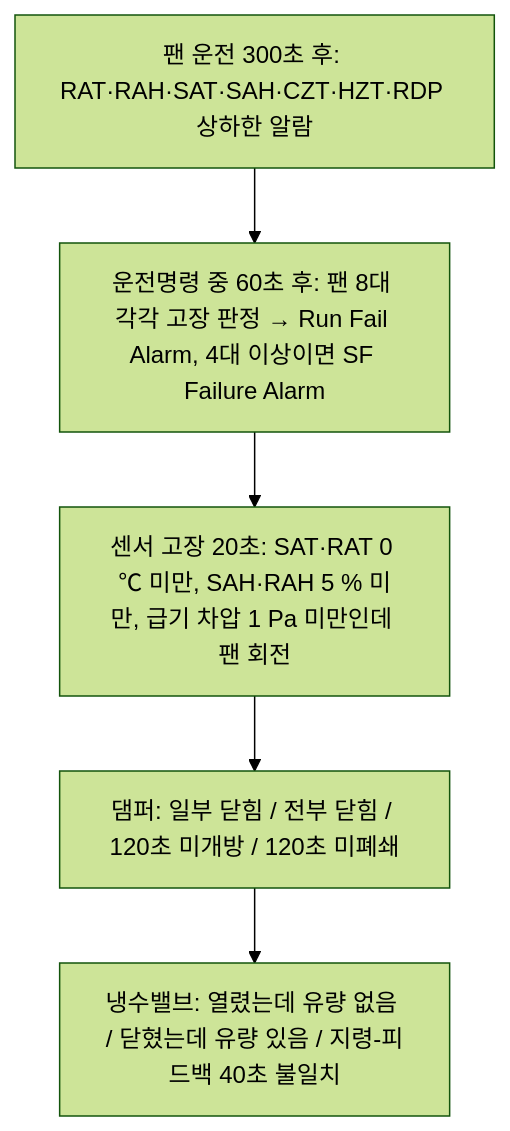
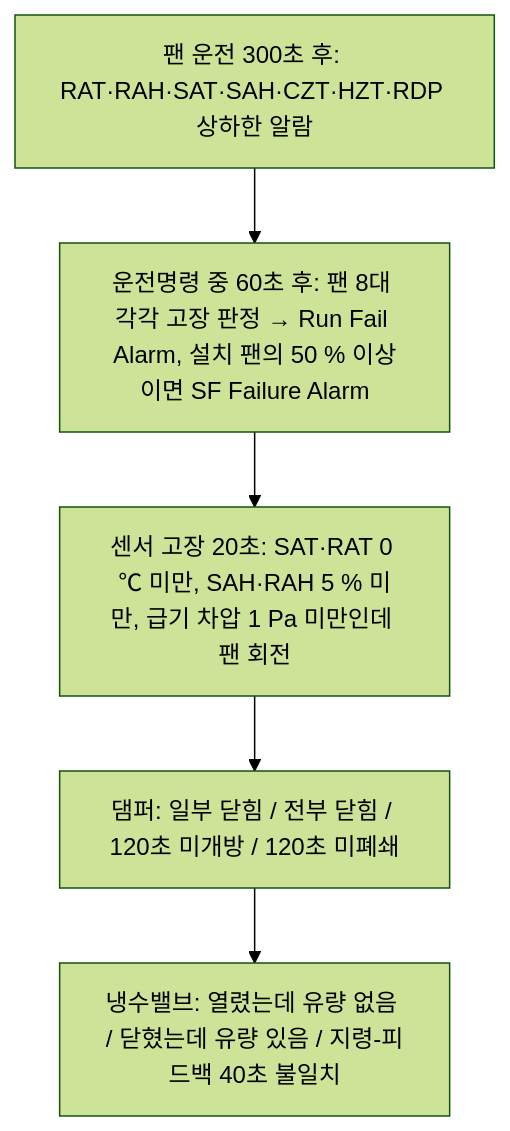
The eighth of 12 diagrams in FWU_Logic_초보자_설명서.md (joo001121-create/FWU-logic), drawn with Mermaid (forest theme) before and after one commit. The commit also changed other lines of this file and 7 other files, not shown here.

````diff
--- a/FWU_Logic_초보자_설명서.md
+++ b/FWU_Logic_초보자_설명서.md
@@ -377,7 +393,7 @@
 ```mermaid
 flowchart TD
-    A["팬 운전 300초 후: RAT·RAH·SAT·SAH·CZT·HZT·RDP 상하한 알람"] --> B["운전명령 중 60초 후: 팬 8대 각각 고장 판정 → Run Fail Alarm, 4대 이상이면 SF Failure Alarm"]
+    A["팬 운전 300초 후: RAT·RAH·SAT·SAH·CZT·HZT·RDP 상하한 알람"] --> B["운전명령 중 60초 후: 팬 8대 각각 고장 판정 → Run Fail Alarm, 설치 팬의 50 % 이상이면 SF Failure Alarm"]
     B --> C["센서 고장 20초: SAT·RAT 0 ℃ 미만, SAH·RAH 5 % 미만, 급기 차압 1 Pa 미만인데 팬 회전"]
     C --> D["댐퍼: 일부 닫힘 / 전부 닫힘 / 120초 미개방 / 120초 미폐쇄"]
     D --> E["냉수밸브: 열렸는데 유량 없음 / 닫혔는데 유량 있음 / 지령-피드백 40초 불일치"]
 ```
````
